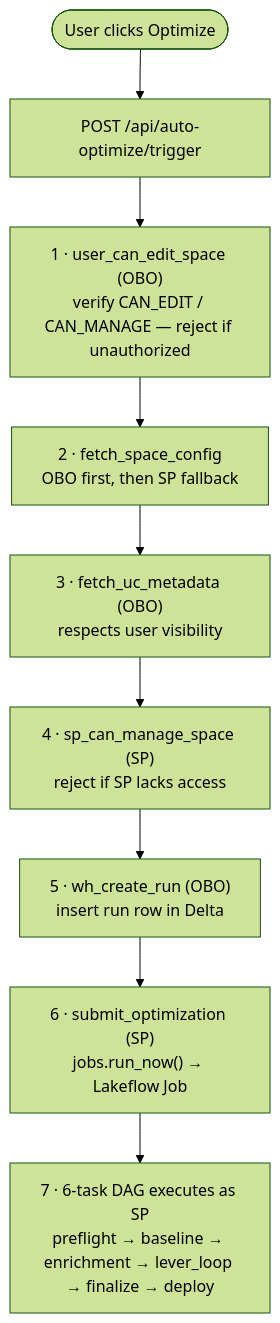
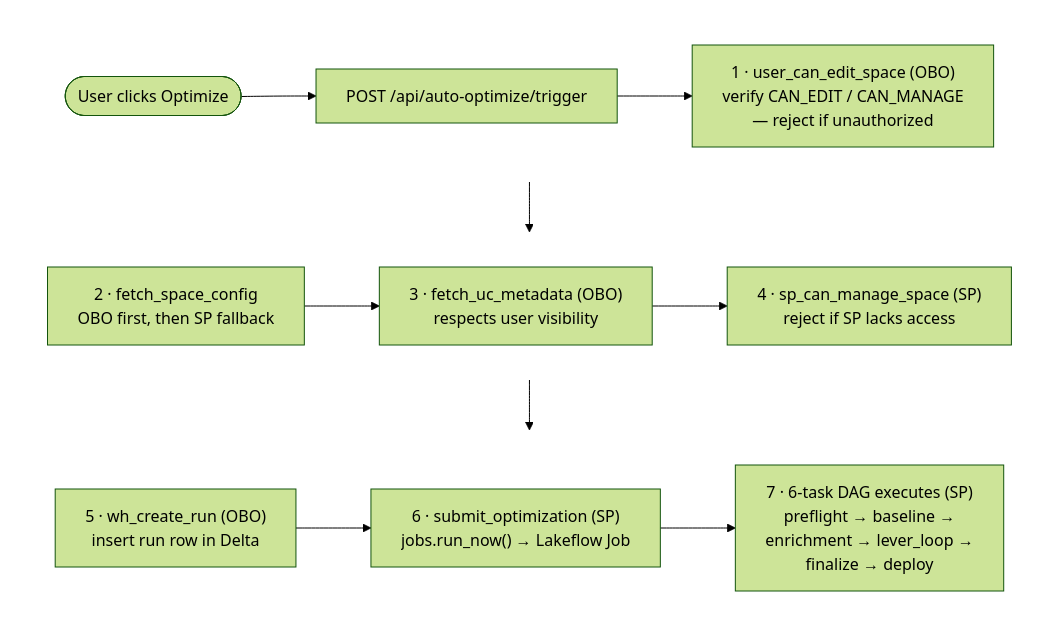
One commit to adgitdemo/databricks-genie-workbench changed the second of 2 diagrams in docs/site/docs/platform/authentication.md. Above: the diagram before and after it, drawn with Mermaid (forest theme). The commit also changed other lines of this file and 8 other files, not shown here.

First line of the commit message:
docs(site): expand Auto-Optimize docs, document the docs site, and enhance diagrams

````diff
--- a/docs/site/docs/platform/authentication.md
+++ b/docs/site/docs/platform/authentication.md
@@ -84,11 +86,20 @@
 ```mermaid
+%%{init: {'flowchart': {'wrappingWidth': 250}}}%%
 flowchart TB
-    click(["User clicks Optimize"]) --> trigger["POST /api/auto-optimize/trigger"]
-    trigger --> s1["1 · user_can_edit_space (OBO)<br/>verify CAN_EDIT / CAN_MANAGE — reject if unauthorized"]
-    s1 --> s2["2 · fetch_space_config<br/>OBO first, then SP fallback"]
-    s2 --> s3["3 · fetch_uc_metadata (OBO)<br/>respects user visibility"]
-    s3 --> s4["4 · sp_can_manage_space (SP)<br/>reject if SP lacks access"]
-    s4 --> s5["5 · wh_create_run (OBO)<br/>insert run row in Delta"]
-    s5 --> s6["6 · submit_optimization (SP)<br/>jobs.run_now() → Lakeflow Job"]
-    s6 --> s7["7 · 6-task DAG executes as SP<br/>preflight → baseline → enrichment → lever_loop → finalize → deploy"]
+    subgraph r1 [" "]
+        direction LR
+        click(["User clicks Optimize"]) --> trigger["POST /api/auto-optimize/trigger"] --> s1["1 · user_can_edit_space (OBO)<br/>verify CAN_EDIT / CAN_MANAGE<br/>— reject if unauthorized"]
+    end
+    subgraph r2 [" "]
+        direction LR
+        s2["2 · fetch_space_config<br/>OBO first, then SP fallback"] --> s3["3 · fetch_uc_metadata (OBO)<br/>respects user visibility"] --> s4["4 · sp_can_manage_space (SP)<br/>reject if SP lacks access"]
+    end
+    subgraph r3 [" "]
+        direction LR
+        s5["5 · wh_create_run (OBO)<br/>insert run row in Delta"] --> s6["6 · submit_optimization (SP)<br/>jobs.run_now() → Lakeflow Job"] --> s7["7 · 6-task DAG executes (SP)<br/>preflight → baseline →<br/>enrichment → lever_loop →<br/>finalize → deploy"]
+    end
+    r1 --> r2 --> r3
+    style r1 fill:none,stroke:none
+    style r2 fill:none,stroke:none
+    style r3 fill:none,stroke:none
 ```
````
